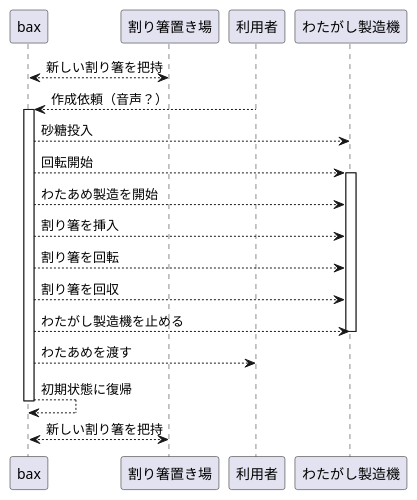
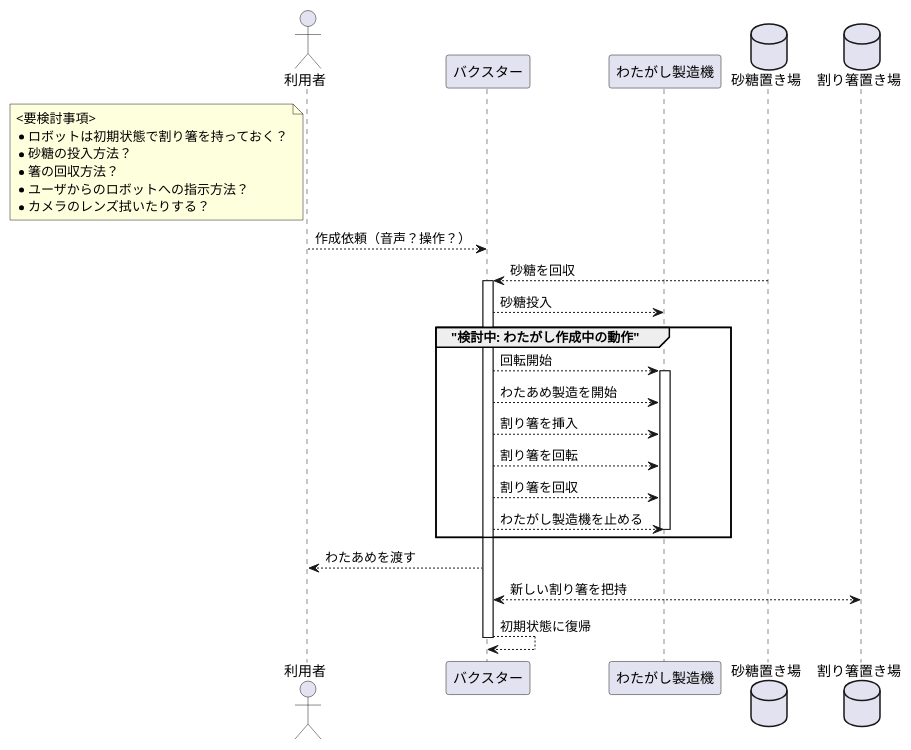
The diagram in doc/わたがし作成シーケンス.puml (p-robobu/candy_floss_pkg_old), drawn with PlantUML before and after one commit. The commit also changed 2 other files, not shown here.

```diff
--- a/doc/わたがし作成シーケンス.puml
+++ b/doc/わたがし作成シーケンス.puml
@@ -1,36 +1,40 @@
 @startuml
 
-' actor 利用者 as user
+actor "利用者" as user
+participant "バクスター" as bax
+participant "わたがし製造機" as machine
+database "砂糖置き場" as suger
+database "割り箸置き場" as wari
 
+' note over user, wari
+note left user
+    <要検討事項>
+    * ロボットは初期状態で割り箸を持っておく？
+    * 砂糖の投入方法？
+    * 箸の回収方法？
+    * ユーザからのロボットへの指示方法？
+    * カメラのレンズ拭いたりする？
+end note
 
-' 利用者 as user
+user --> bax : 作成依頼（音声？操作？）
+suger --> bax : 砂糖を回収
+activate bax
+bax --> machine : 砂糖投入
 
-' バクスター as bax
-' わたあめ製造機 as machine
-' 割り箸置き場 as wari
-bax <--> "割り箸置き場" as wari : 新しい割り箸を把持
-
-"利用者" as user --> "バクスター" as bax : 作成依頼（音声？）
-activate bax
-bax --> "わたがし製造機" as machine : 砂糖投入
+group "検討中: わたがし作成中の動作"
 bax --> machine : 回転開始
 activate machine
 bax --> machine : わたあめ製造を開始
 bax --> machine : 割り箸を挿入
 bax --> machine : 割り箸を回転
 bax --> machine : 割り箸を回収
 bax --> machine : わたがし製造機を止める
 deactivate machine
+end
+
 bax --> user : わたあめを渡す
+bax <--> wari : 新しい割り箸を把持
 bax --> bax : 初期状態に復帰
 deactivate bax
-bax <--> "割り箸置き場" as wari : 新しい割り箸を把持
-
-
-
-
-
-
-
 
 @enduml
```
